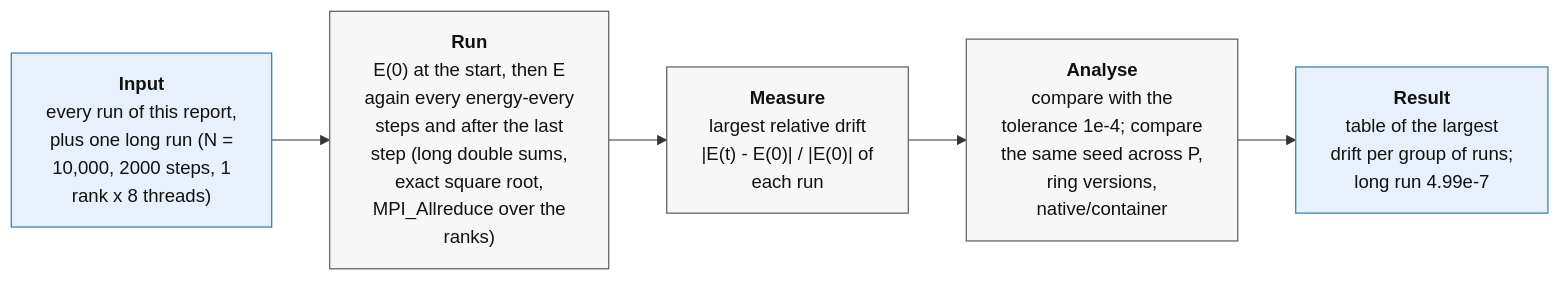
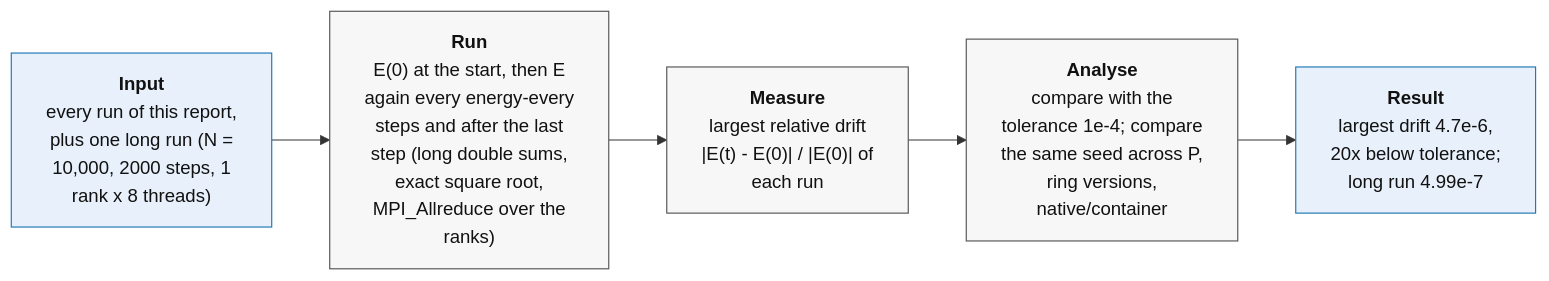
The first of 16 diagrams in Nbody_serial/FINAL_REPORT.md (emmadariol/HPC_exam), drawn with Mermaid before and after one commit. The commit also changed other lines of this file and 12 other files, not shown here.

````diff
--- a/Nbody_serial/FINAL_REPORT.md
+++ b/Nbody_serial/FINAL_REPORT.md
@@ -199,13 +185,13 @@
 ```mermaid
 flowchart LR
   A["<b>Input</b><br/>every run of this report,<br/>plus one long run (N =<br/>10,000, 2000 steps, 1<br/>rank x 8 threads)"]
   B["<b>Run</b><br/>E(0) at the start, then E<br/>again every energy-every<br/>steps and after the last<br/>step (long double sums,<br/>exact square root,<br/>MPI_Allreduce over the<br/>ranks)"]
   C["<b>Measure</b><br/>largest relative drift<br/>|E(t) - E(0)| / |E(0)| of<br/>each run"]
   D["<b>Analyse</b><br/>compare with the<br/>tolerance 1e-4; compare<br/>the same seed across P,<br/>ring versions,<br/>native/container"]
-  E["<b>Result</b><br/>table of the largest<br/>drift per group of runs;<br/>long run 4.99e-7"]
+  E["<b>Result</b><br/>largest drift 4.7e-6,<br/>20x below tolerance;<br/>long run 4.99e-7"]
   A --> B --> C --> D --> E
   classDef io fill:#e8f1fb,stroke:#1f77b4,color:#111;
   classDef step fill:#f7f7f7,stroke:#555,color:#111;
   class A,E io;
   class B,C,D step;
 ```
````
